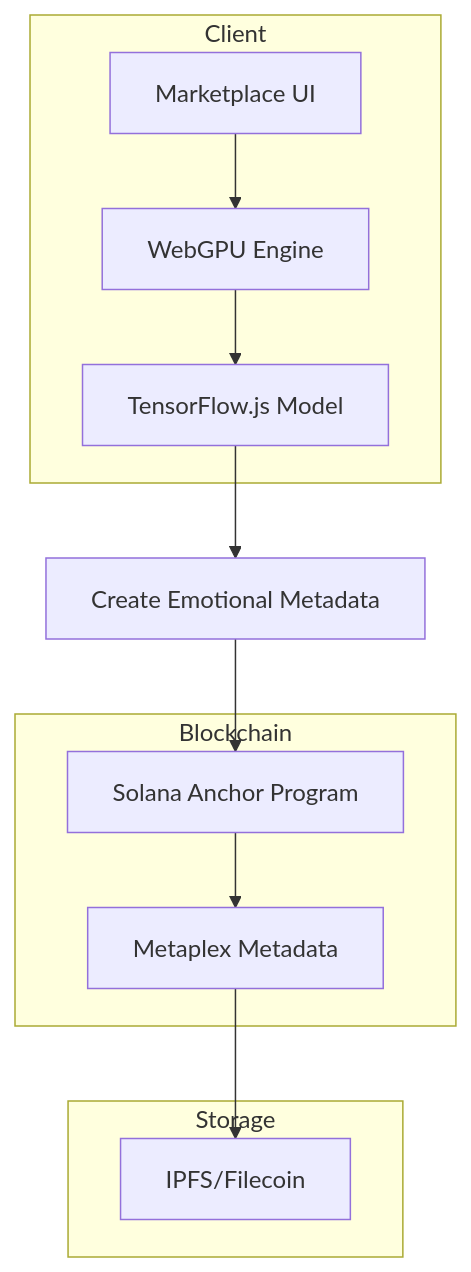
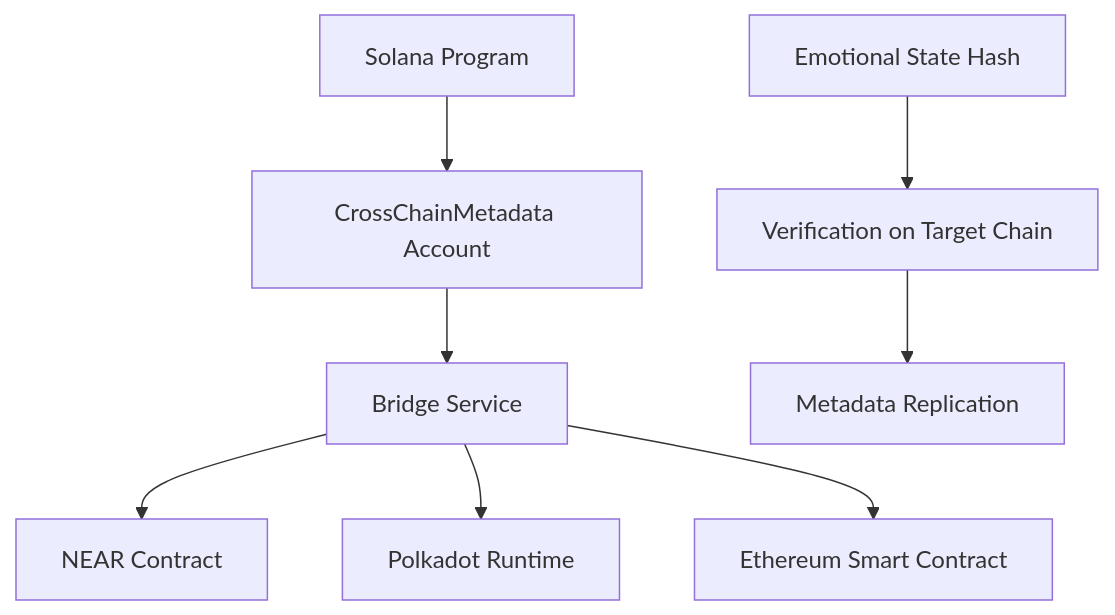
One commit to compiling-org/solana-emotional-metadata changed the fourth of 4 diagrams in README.md. Above: the diagram before and after it, drawn with Mermaid. The commit also changed other lines of this file and 2 other files, not shown here.

Commit message:
docs: sync Solana README, technical architecture, and implementation report from project docs

````diff
--- a/README.md
+++ b/README.md
@@ -96,21 +237,11 @@
 ```mermaid
-graph TB
-    subgraph Client
-        UI[Marketplace UI]
-        GPU[WebGPU Engine]
-        MODEL[TensorFlow.js Model]
-    end
-    subgraph Blockchain
-        ANCHOR[Solana Anchor Program]
-        METAPLEX[Metaplex Metadata]
-    end
-    subgraph Storage
-        IPFS[IPFS/Filecoin]
-    end
-    UI --> GPU
-    GPU --> MODEL
-    MODEL --> METADATA[Create Emotional Metadata]
-    METADATA --> ANCHOR
-    ANCHOR --> METAPLEX
-    METAPLEX --> IPFS
+graph TD
+    A[Solana Program] --> B[CrossChainMetadata Account]
+    B --> C[Bridge Service]
+    C --> D[NEAR Contract]
+    C --> E[Polkadot Runtime]
+    C --> F[Ethereum Smart Contract]
+    
+    G[Emotional State Hash] --> H[Verification on Target Chain]
+    H --> I[Metadata Replication]
 ```
````
